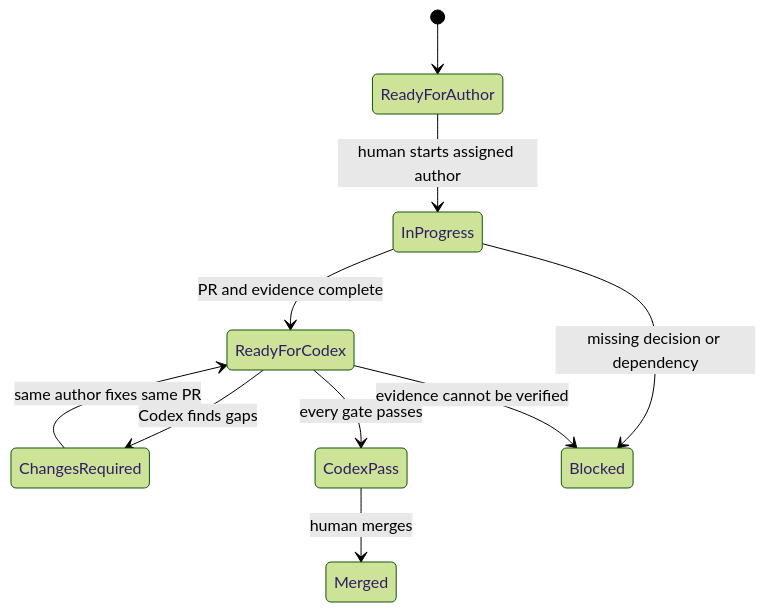
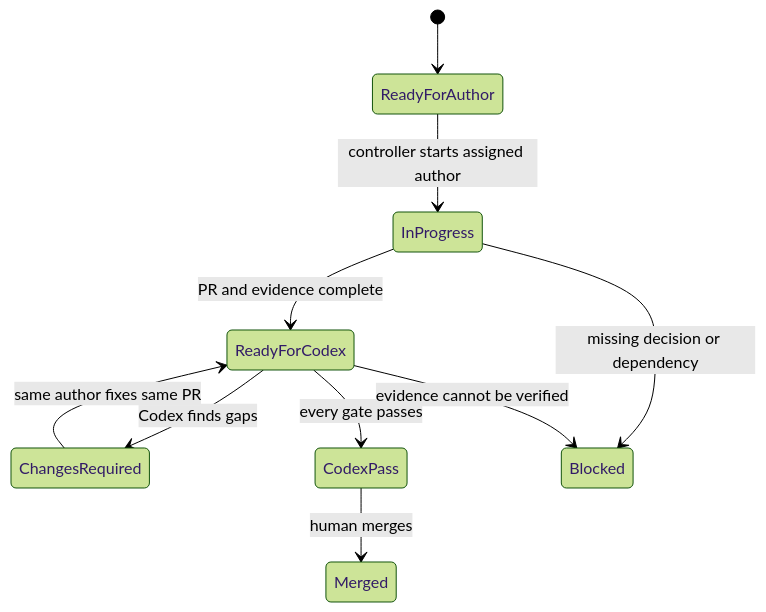
The diagram in docs/product-spec/docs/10-ai-collaboration/SEMI-MANUAL-AI-WORKFLOW.md (vinh05092001/shipde-platform), drawn with Mermaid (forest theme) before and after one commit. The commit also changed other lines of this file, not shown here.

Commit message:
docs(ai): define human-gated semi-automatic flow

````diff
--- a/docs/product-spec/docs/10-ai-collaboration/SEMI-MANUAL-AI-WORKFLOW.md
+++ b/docs/product-spec/docs/10-ai-collaboration/SEMI-MANUAL-AI-WORKFLOW.md
@@ -22,12 +22,12 @@
 ```mermaid
 stateDiagram-v2
     [*] --> ReadyForAuthor
-    ReadyForAuthor --> InProgress: human starts assigned author
+    ReadyForAuthor --> InProgress: controller starts assigned author
     InProgress --> ReadyForCodex: PR and evidence complete
     ReadyForCodex --> ChangesRequired: Codex finds gaps
     ChangesRequired --> ReadyForCodex: same author fixes same PR
     ReadyForCodex --> CodexPass: every gate passes
     CodexPass --> Merged: human merges
     InProgress --> Blocked: missing decision or dependency
     ReadyForCodex --> Blocked: evidence cannot be verified
 ```
````
